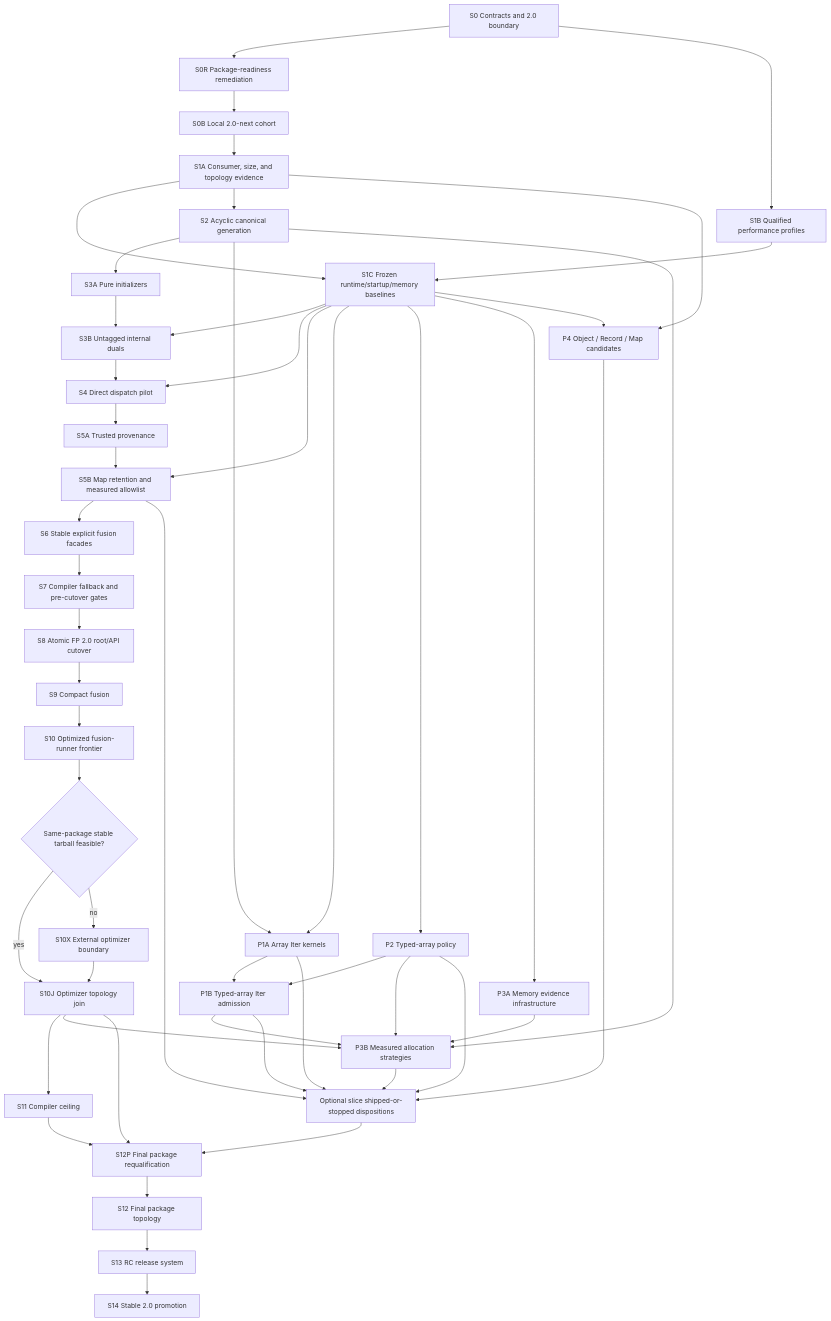
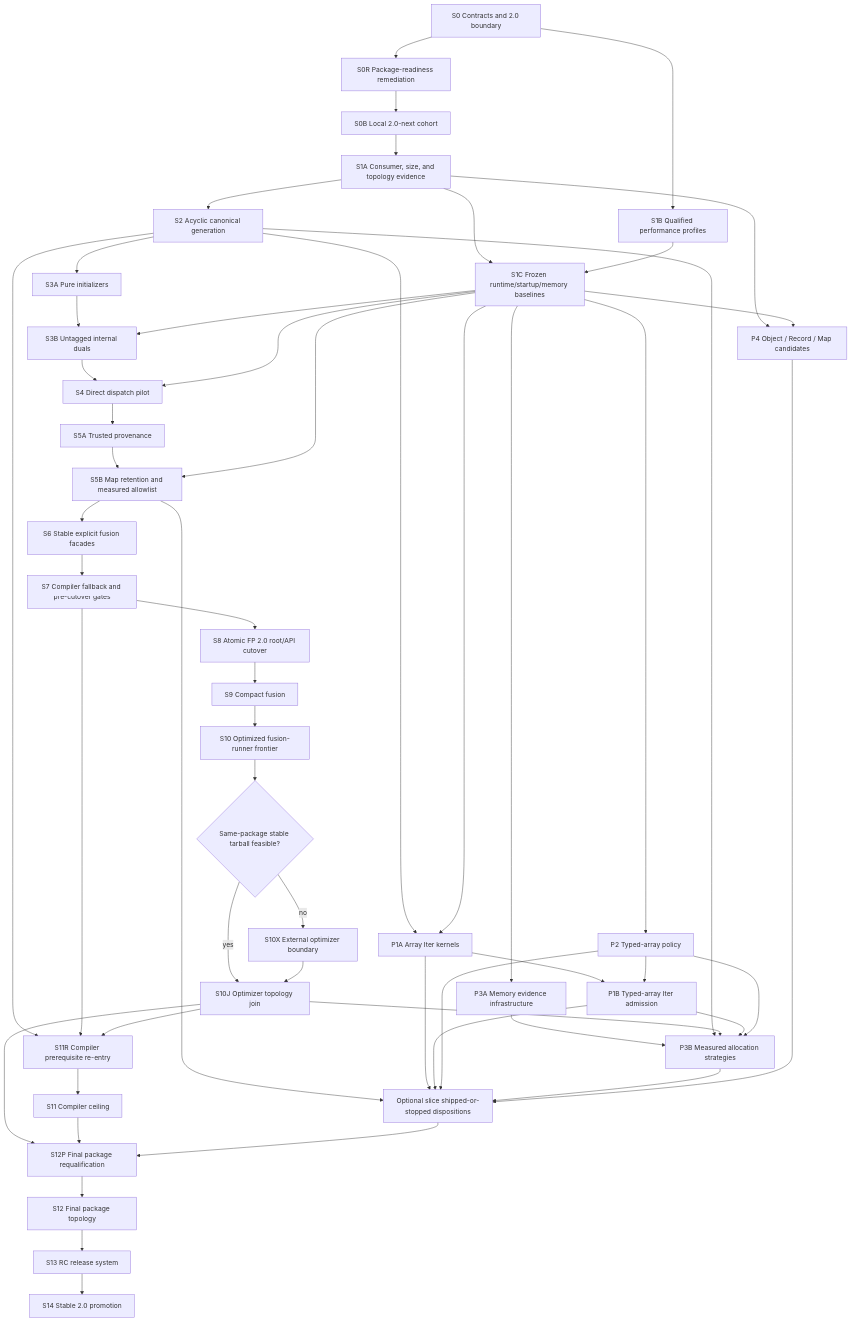
One commit to tdeaks/stopcock changed the second of 2 diagrams in docs/superpowers/plans/2026-07-24-stopcock-v2-performance-density-superplan.md. Above: the diagram before and after it, drawn with Mermaid. The commit also changed other lines of this file and 2 other files, not shown here.

Commit message:
chore(v2): authorize compiler prerequisite re-entry

````diff
--- a/docs/superpowers/plans/2026-07-24-stopcock-v2-performance-density-superplan.md
+++ b/docs/superpowers/plans/2026-07-24-stopcock-v2-performance-density-superplan.md
@@ -663,57 +704,60 @@
 ```mermaid
 flowchart TD
   S0["S0 Contracts and 2.0 boundary"] --> S0R["S0R Package-readiness remediation"]
   S0R --> S0B["S0B Local 2.0-next cohort"]
   S0 --> S1B["S1B Qualified performance profiles"]
   S0B --> S1A["S1A Consumer, size, and topology evidence"]
   S1A --> S1C["S1C Frozen runtime/startup/memory baselines"]
   S1B --> S1C
   S1A --> S2["S2 Acyclic canonical generation"]
   S2 --> S3A["S3A Pure initializers"]
   S3A --> S3B["S3B Untagged internal duals"]
   S1C --> S3B
   S3B --> S4["S4 Direct dispatch pilot"]
   S1C --> S4
   S4 --> S5A["S5A Trusted provenance"]
   S5A --> S5B["S5B Map retention and measured allowlist"]
   S1C --> S5B
   S5B --> S6["S6 Stable explicit fusion facades"]
   S6 --> S7["S7 Compiler fallback and pre-cutover gates"]
   S7 --> S8["S8 Atomic FP 2.0 root/API cutover"]
   S8 --> S9["S9 Compact fusion"]
   S9 --> S10["S10 Optimized fusion-runner frontier"]
   S10 --> XDEC{"Same-package stable tarball feasible?"}
   XDEC -->|"yes"| S10J["S10J Optimizer topology join"]
   XDEC -->|"no"| S10X["S10X External optimizer boundary"]
   S10X --> S10J
-  S10J --> S11["S11 Compiler ceiling"]
+  S2 --> S11R["S11R Compiler prerequisite re-entry"]
+  S7 --> S11R
+  S10J --> S11R
+  S11R --> S11["S11 Compiler ceiling"]
 
   S2 --> P1A["P1A Array Iter kernels"]
   S1C --> P1A
   S1C --> P2["P2 Typed-array policy"]
   P1A --> P1B["P1B Typed-array Iter admission"]
   P2 --> P1B
 
   S1C --> P3A["P3A Memory evidence infrastructure"]
   P3A --> P3B["P3B Measured allocation strategies"]
   S2 --> P3B
   S10J --> P3B
   P1B --> P3B
   P2 --> P3B
 
   S1A --> P4["P4 Object / Record / Map candidates"]
   S1C --> P4
 
   S5B --> DISP["Optional slice shipped-or-stopped dispositions"]
   P1A --> DISP
   P1B --> DISP
   P2 --> DISP
   P3B --> DISP
   P4 --> DISP
   S10J --> S12P["S12P Final package requalification"]
   S11 --> S12P
   DISP --> S12P
   S12P --> S12["S12 Final package topology"]
   S12 --> S13["S13 RC release system"]
   S13 --> S14["S14 Stable 2.0 promotion"]
 ```
````
